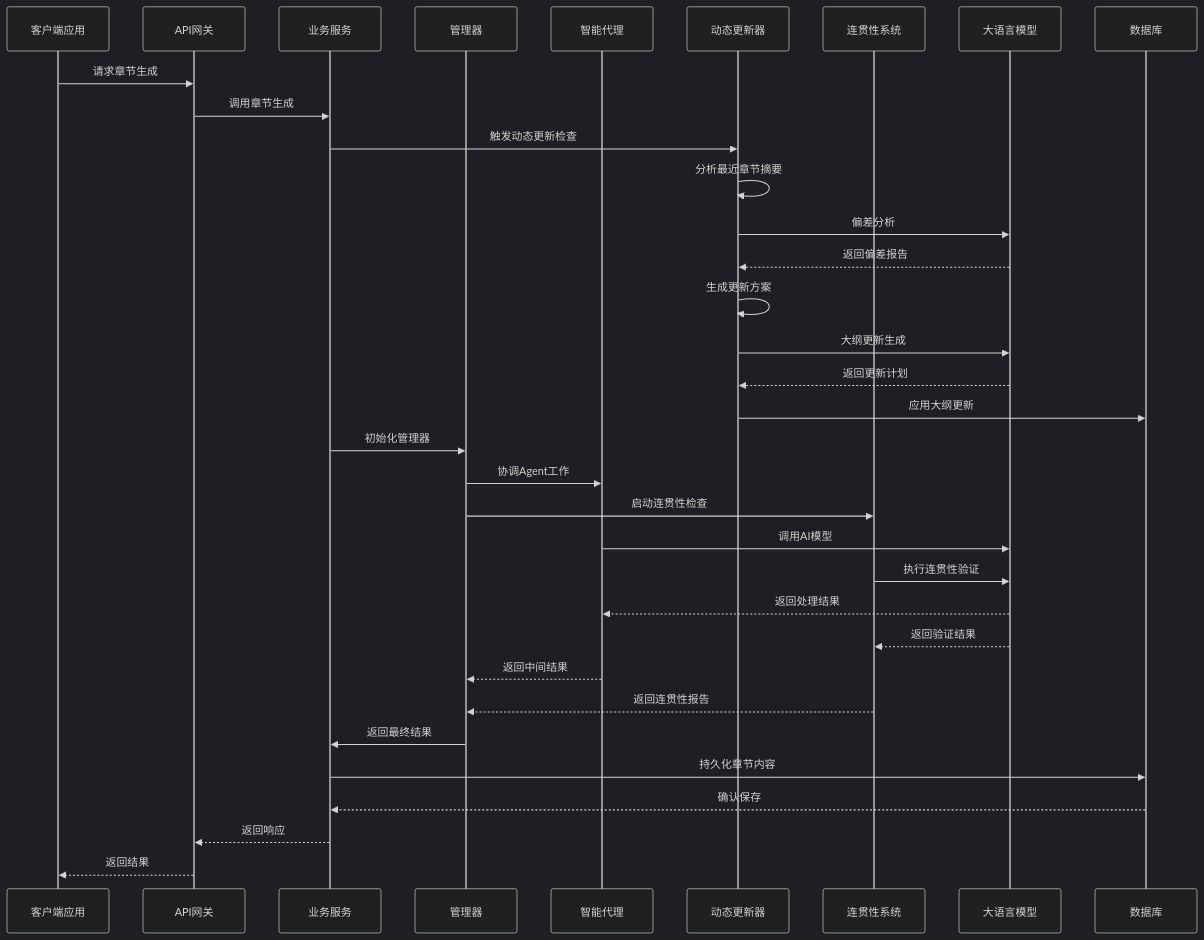
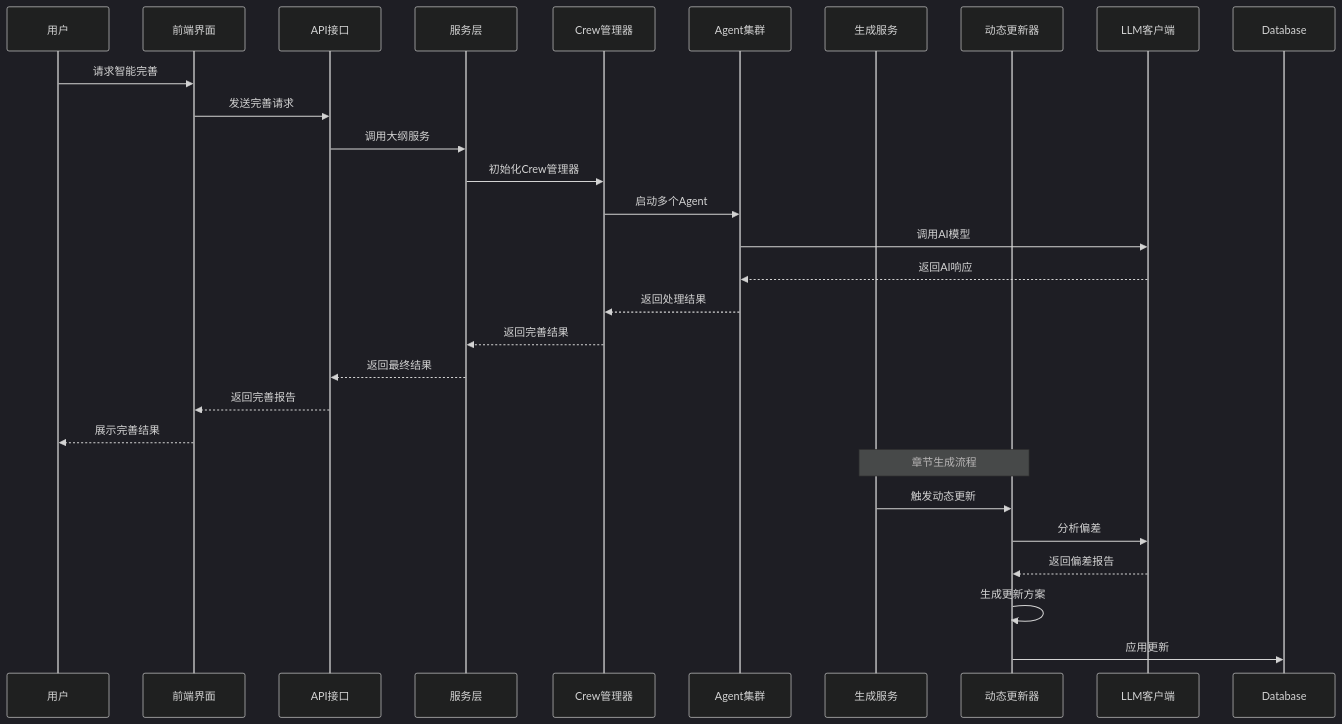
The fourth of 15 diagrams in .qoder/repowiki/zh/content/AI智能体系统/智能大纲完善系统.md (xfbyxq/ai-novel-system), drawn with Mermaid (dark theme) before and after one commit. The commit also changed other lines of this file and 8 other files, not shown here.

````diff
--- a/.qoder/repowiki/zh/content/AI智能体系统/智能大纲完善系统.md
+++ b/.qoder/repowiki/zh/content/AI智能体系统/智能大纲完善系统.md
@@ -271,36 +267,30 @@
 ```mermaid
 sequenceDiagram
-participant Client as 客户端应用
-participant API as API网关
-participant Service as 业务服务
-participant Manager as 管理器
-participant Agents as 智能代理
-participant DynamicUpdater as 动态更新器
-participant Continuity as 连贯性系统
-participant LLM as 大语言模型
-participant DB as 数据库
-Client->>API : 请求章节生成
-API->>Service : 调用章节生成
-Service->>DynamicUpdater : 触发动态更新检查
-DynamicUpdater->>DynamicUpdater : 分析最近章节摘要
-DynamicUpdater->>LLM : 偏差分析
-LLM-->>DynamicUpdater : 返回偏差报告
-DynamicUpdater->>DynamicUpdater : 生成更新方案
-DynamicUpdater->>LLM : 大纲更新生成
-LLM-->>DynamicUpdater : 返回更新计划
-DynamicUpdater->>DB : 应用大纲更新
-Service->>Manager : 初始化管理器
-Manager->>Agents : 协调Agent工作
-Manager->>Continuity : 启动连贯性检查
+participant User as 用户
+participant Frontend as 前端界面
+participant API as API接口
+participant Service as 服务层
+participant Crew as Crew管理器
+participant Agents as Agent集群
+participant Gensvc as 生成服务
+participant Updater as 动态更新器
+participant LLM as LLM客户端
+User->>Frontend : 请求智能完善
+Frontend->>API : 发送完善请求
+API->>Service : 调用大纲服务
+Service->>Crew : 初始化Crew管理器
+Crew->>Agents : 启动多个Agent
 Agents->>LLM : 调用AI模型
-Continuity->>LLM : 执行连贯性验证
-LLM-->>Agents : 返回处理结果
-LLM-->>Continuity : 返回验证结果
-Agents-->>Manager : 返回中间结果
-Continuity-->>Manager : 返回连贯性报告
-Manager->>Service : 返回最终结果
-Service->>DB : 持久化章节内容
-DB-->>Service : 确认保存
-Service-->>API : 返回响应
-API-->>Client : 返回结果
+LLM-->>Agents : 返回AI响应
+Agents-->>Crew : 返回处理结果
+Crew-->>Service : 返回完善结果
+Service-->>API : 返回最终结果
+API-->>Frontend : 返回完善报告
+Frontend-->>User : 展示完善结果
+Note over Gensvc,Updater : 章节生成流程
+Gensvc->>Updater : 触发动态更新
+Updater->>LLM : 分析偏差
+LLM-->>Updater : 返回偏差报告
+Updater->>Updater : 生成更新方案
+Updater->>Database : 应用更新
 ```
````
